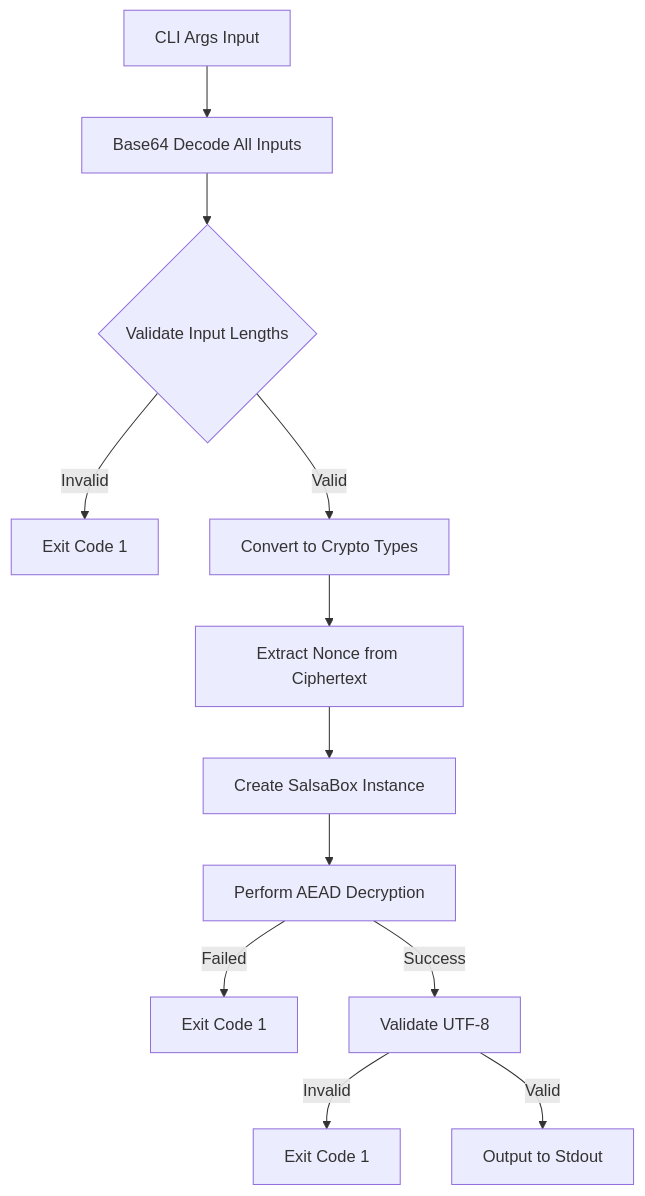
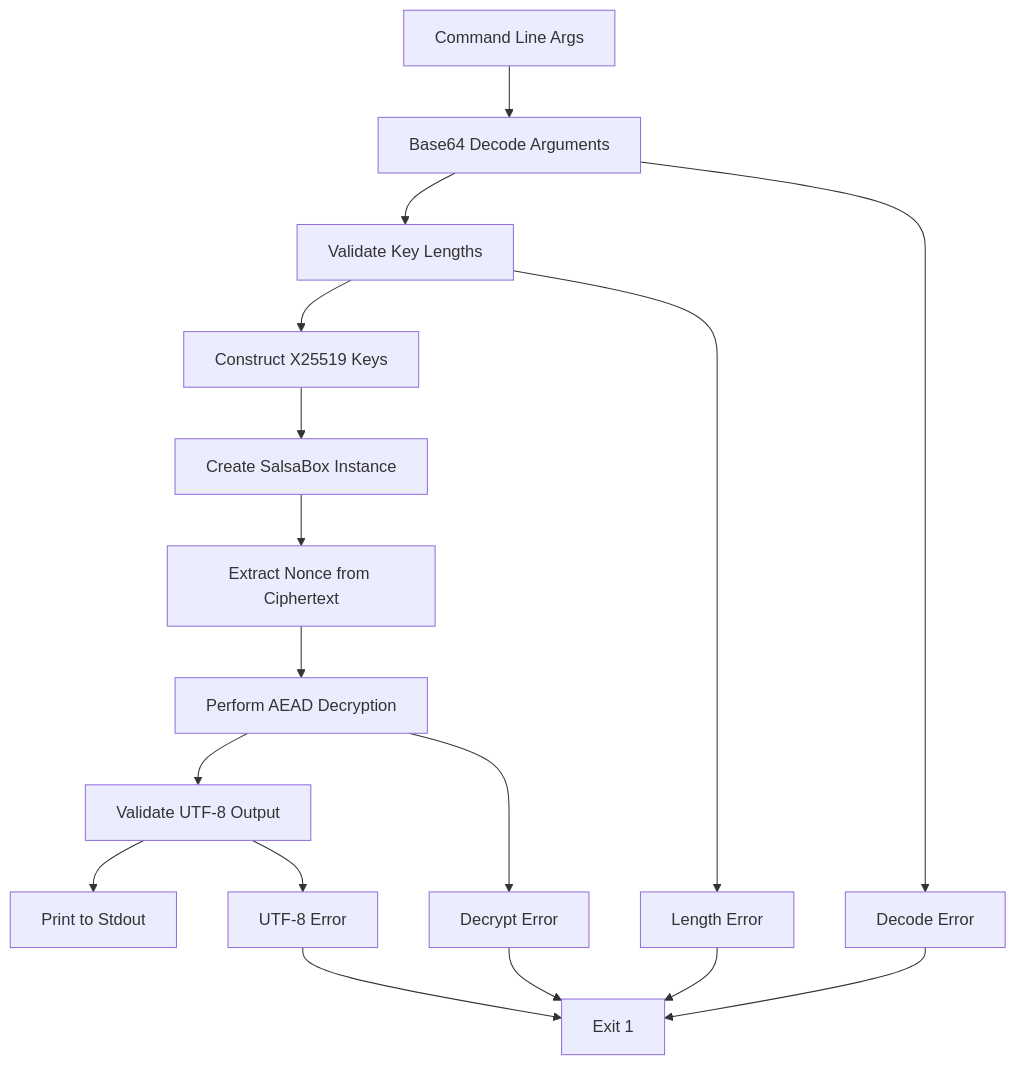
Before and after one commit to researchoors/knowledge-maintenance: the diagram in artifacts/d-inference/service_analyses/decrypt-test.md, drawn with Mermaid. The commit also changed other lines of this file and 23 other files, not shown here.

````diff
--- a/artifacts/d-inference/service_analyses/decrypt-test.md
+++ b/artifacts/d-inference/service_analyses/decrypt-test.md
@@ -59,14 +46,16 @@
 ```mermaid
-graph TD
-    A[CLI Args Input] --> B[Base64 Decode All Inputs]
-    B --> C{Validate Input Lengths}
-    C -->|Invalid| D[Exit Code 1]
-    C -->|Valid| E[Convert to Crypto Types]
+flowchart TD
+    A[Command Line Args] --> B[Base64 Decode Arguments]
+    B --> C[Validate Key Lengths]
+    C --> D[Construct X25519 Keys]
+    D --> E[Create SalsaBox Instance]
     E --> F[Extract Nonce from Ciphertext]
-    F --> G[Create SalsaBox Instance]
-    G --> H[Perform AEAD Decryption]
-    H -->|Failed| I[Exit Code 1]
-    H -->|Success| J[Validate UTF-8]
-    J -->|Invalid| K[Exit Code 1] 
-    J -->|Valid| L[Output to Stdout]
+    F --> G[Perform AEAD Decryption]
+    G --> H[Validate UTF-8 Output]
+    H --> I[Print to Stdout]
+    
+    B --> J[Decode Error] --> K[Exit 1]
+    C --> L[Length Error] --> K
+    G --> M[Decrypt Error] --> K
+    H --> N[UTF-8 Error] --> K
 ```
````
